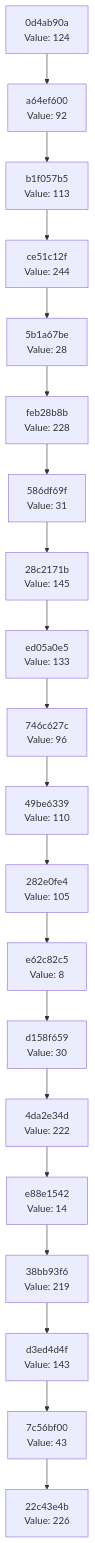
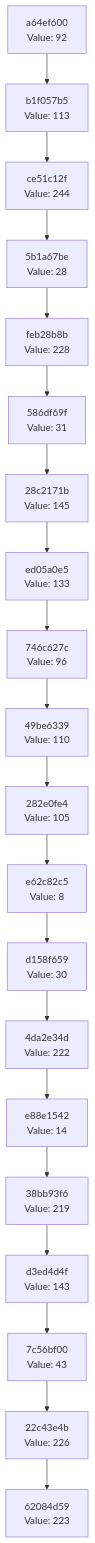
The diagram in docs/CHAIN_VISUALIZATION.md (Abhisheksinha1506/hash-chain-evolver), drawn with Mermaid before and after one commit. The commit also changed 2 other files, not shown here.

Commit message:
Evolution Step

````diff
--- a/docs/CHAIN_VISUALIZATION.md
+++ b/docs/CHAIN_VISUALIZATION.md
@@ -3,42 +3,42 @@
 ```mermaid
 graph TD
-    C0["22c43e4b<br/>Value: 226"]
-    C1["7c56bf00<br/>Value: 43"]
+    C0["62084d59<br/>Value: 223"]
+    C1["22c43e4b<br/>Value: 226"]
     C1 --> C0
-    C2["d3ed4d4f<br/>Value: 143"]
+    C2["7c56bf00<br/>Value: 43"]
     C2 --> C1
-    C3["38bb93f6<br/>Value: 219"]
+    C3["d3ed4d4f<br/>Value: 143"]
     C3 --> C2
-    C4["e88e1542<br/>Value: 14"]
+    C4["38bb93f6<br/>Value: 219"]
     C4 --> C3
-    C5["4da2e34d<br/>Value: 222"]
+    C5["e88e1542<br/>Value: 14"]
     C5 --> C4
-    C6["d158f659<br/>Value: 30"]
+    C6["4da2e34d<br/>Value: 222"]
     C6 --> C5
-    C7["e62c82c5<br/>Value: 8"]
+    C7["d158f659<br/>Value: 30"]
     C7 --> C6
-    C8["282e0fe4<br/>Value: 105"]
+    C8["e62c82c5<br/>Value: 8"]
     C8 --> C7
-    C9["49be6339<br/>Value: 110"]
+    C9["282e0fe4<br/>Value: 105"]
     C9 --> C8
-    C10["746c627c<br/>Value: 96"]
+    C10["49be6339<br/>Value: 110"]
     C10 --> C9
-    C11["ed05a0e5<br/>Value: 133"]
+    C11["746c627c<br/>Value: 96"]
     C11 --> C10
-    C12["28c2171b<br/>Value: 145"]
+    C12["ed05a0e5<br/>Value: 133"]
     C12 --> C11
-    C13["586df69f<br/>Value: 31"]
+    C13["28c2171b<br/>Value: 145"]
     C13 --> C12
-    C14["feb28b8b<br/>Value: 228"]
+    C14["586df69f<br/>Value: 31"]
     C14 --> C13
-    C15["5b1a67be<br/>Value: 28"]
+    C15["feb28b8b<br/>Value: 228"]
     C15 --> C14
-    C16["ce51c12f<br/>Value: 244"]
+    C16["5b1a67be<br/>Value: 28"]
     C16 --> C15
-    C17["b1f057b5<br/>Value: 113"]
+    C17["ce51c12f<br/>Value: 244"]
     C17 --> C16
-    C18["a64ef600<br/>Value: 92"]
+    C18["b1f057b5<br/>Value: 113"]
     C18 --> C17
-    C19["0d4ab90a<br/>Value: 124"]
+    C19["a64ef600<br/>Value: 92"]
     C19 --> C18
 ```
````
